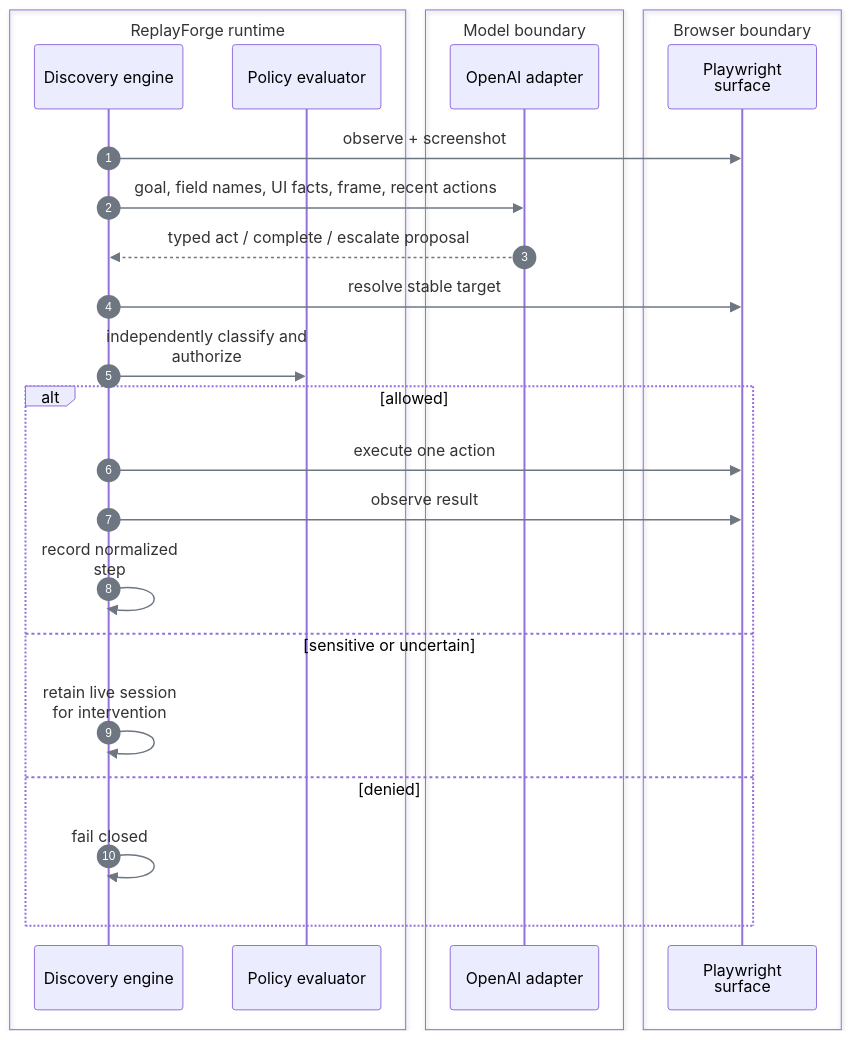
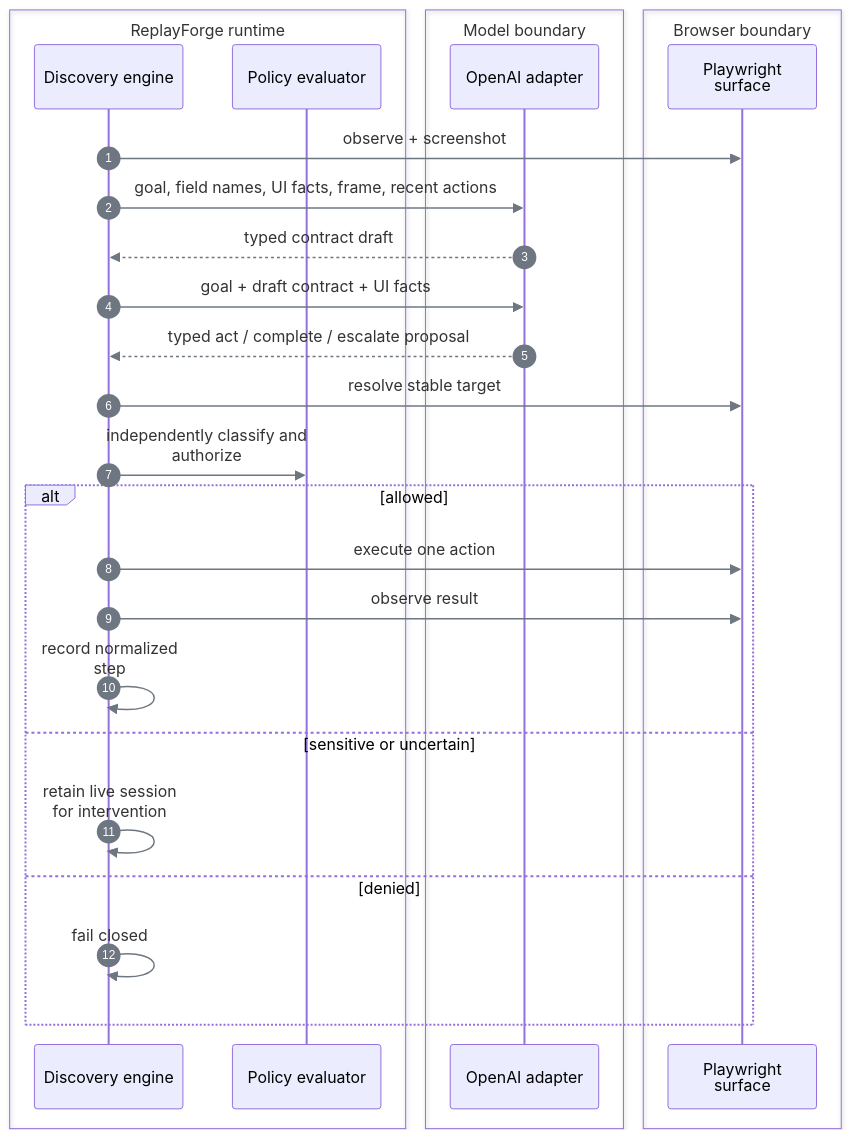
One commit to SivaTSS/replay-forge changed the diagram in docs/discovery.md. Above: the diagram before and after it, drawn with Mermaid. The commit also changed other lines of this file and 8 other files, not shown here.

````diff
--- a/docs/discovery.md
+++ b/docs/discovery.md
@@ -22,29 +22,31 @@
 ```mermaid
 %%{init: {"htmlLabels":false,"themeVariables":{"lineColor":"#6E7781","signalColor":"#6E7781"},"flowchart":{"curve":"linear"},"sequence":{"wrap":true}}}%%
 sequenceDiagram
     autonumber
     box ReplayForge runtime
         participant E as Discovery engine
         participant P as Policy evaluator
     end
     box Model boundary
         participant M as OpenAI adapter
     end
     box Browser boundary
         participant S as Playwright surface
     end
     E->>S: observe + screenshot
     E->>M: goal, field names, UI facts, frame, recent actions
+    M-->>E: typed contract draft
+    E->>M: goal + draft contract + UI facts
     M-->>E: typed act / complete / escalate proposal
     E->>S: resolve stable target
     E->>P: independently classify and authorize
     alt allowed
         E->>S: execute one action
         E->>S: observe result
         E->>E: record normalized step
     else sensitive or uncertain
         E->>E: retain live session for intervention
     else denied
         E->>E: fail closed
     end
 ```
````
